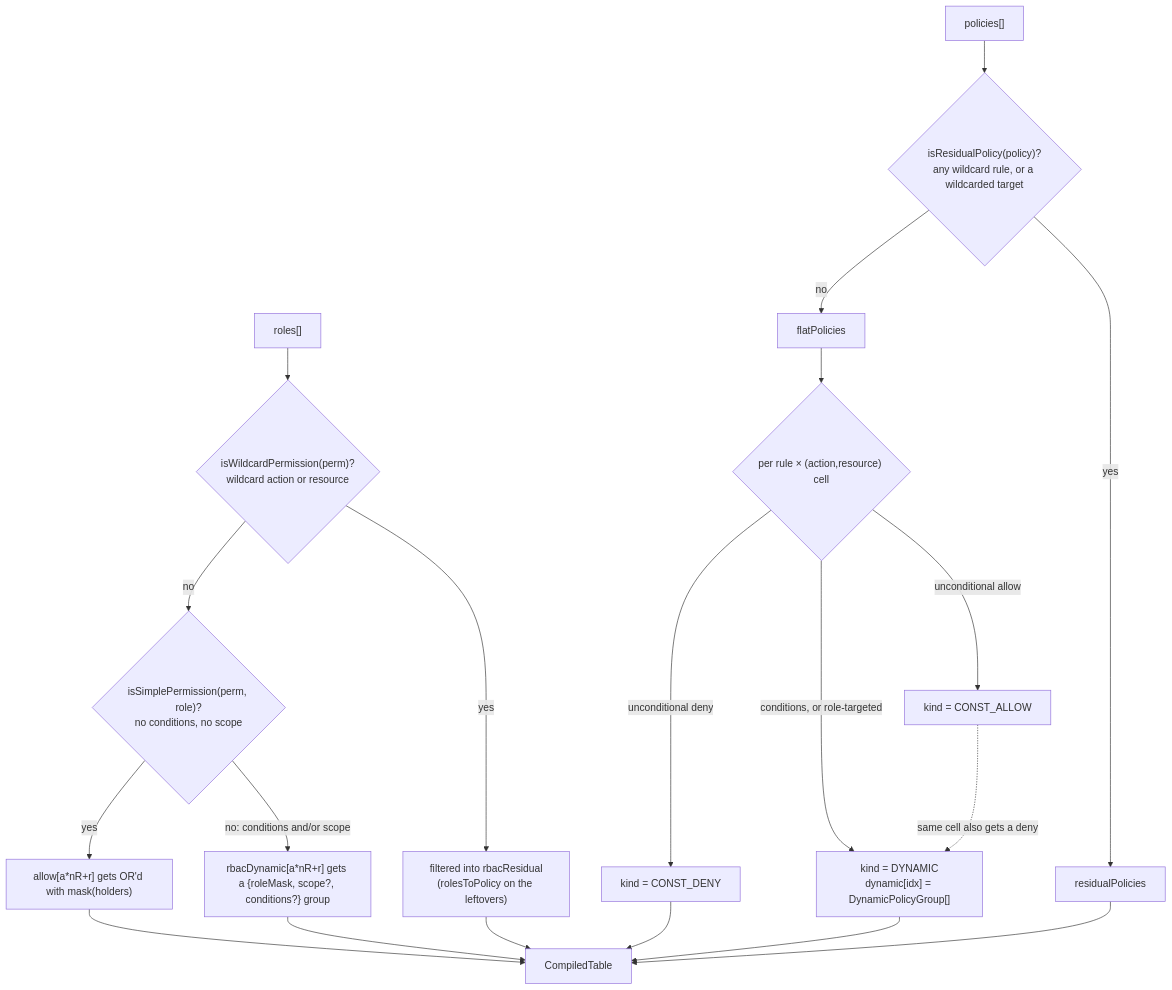
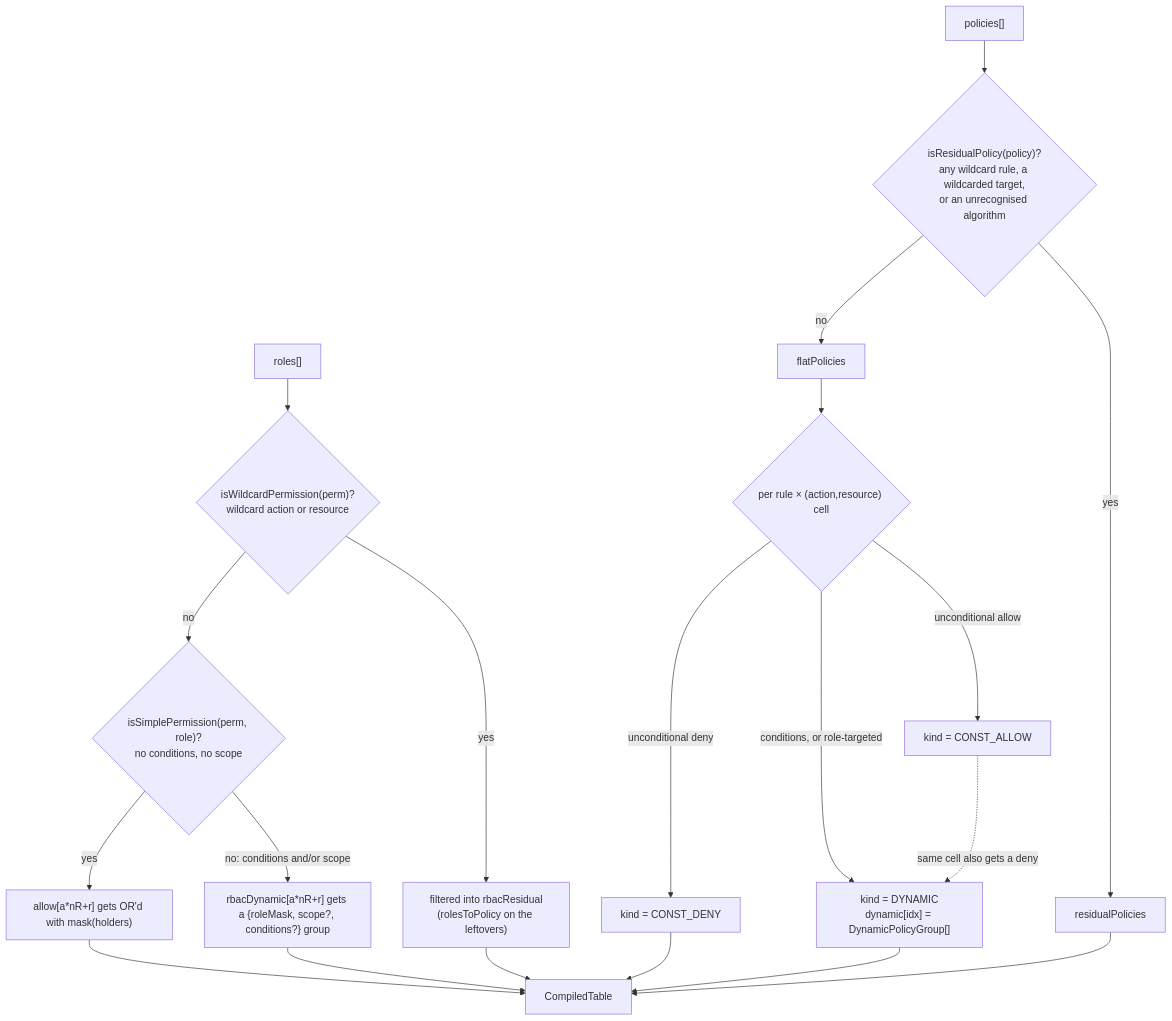
Before and after one commit to gentleeduck/duck-iam: the second of 6 diagrams in packages/duck-iam/docs/compiled-engine-explained.md, drawn with Mermaid. The commit also changed other lines of this file and 6 other files, not shown here.

````diff
--- a/packages/duck-iam/docs/compiled-engine-explained.md
+++ b/packages/duck-iam/docs/compiled-engine-explained.md
@@ -46,25 +58,25 @@
 ```mermaid
 flowchart TD
     R["roles[]"] --> RW{"isWildcardPermission(perm)?<br/>wildcard action or resource"}
     RW -->|yes| FILT["filtered into rbacResidual<br/>(rolesToPolicy on the leftovers)"]
     RW -->|no| RP{"isSimplePermission(perm, role)?<br/>no conditions, no scope"}
     RP -->|yes| BAKE["allow[a*nR+r] gets OR'd with mask(holders)"]
     RP -->|no: conditions and/or scope| RDYN["rbacDynamic[a*nR+r] gets a {roleMask, scope?, conditions?} group"]
 
-    P["policies[]"] --> PC{"isResidualPolicy(policy)?<br/>any wildcard rule, or a wildcarded target"}
+    P["policies[]"] --> PC{"isResidualPolicy(policy)?<br/>any wildcard rule, a wildcarded target,<br/>or an unrecognised algorithm"}
     PC -->|no| FLAT["flatPolicies"]
     PC -->|yes| RESID["residualPolicies"]
 
     FLAT --> CELL{"per rule × (action,resource) cell"}
     CELL -->|conditions, or role-targeted| DYN["kind = DYNAMIC<br/>dynamic[idx] = DynamicPolicyGroup[]"]
     CELL -->|unconditional allow| CA["kind = CONST_ALLOW"]
     CELL -->|unconditional deny| CD["kind = CONST_DENY"]
     CA -. "same cell also gets a deny" .-> DYN
 
     BAKE --> TABLE["CompiledTable"]
     RDYN --> TABLE
     FILT --> TABLE
     CD --> TABLE
     DYN --> TABLE
     RESID --> TABLE
 ```
````
